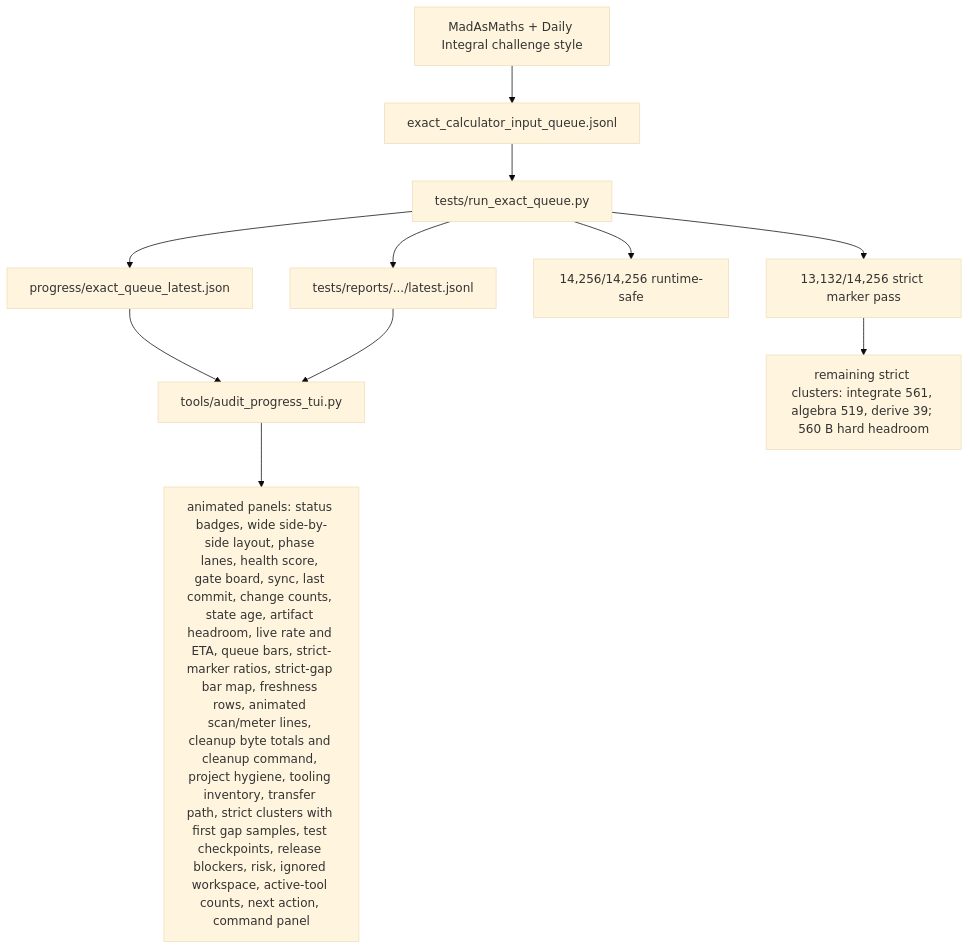
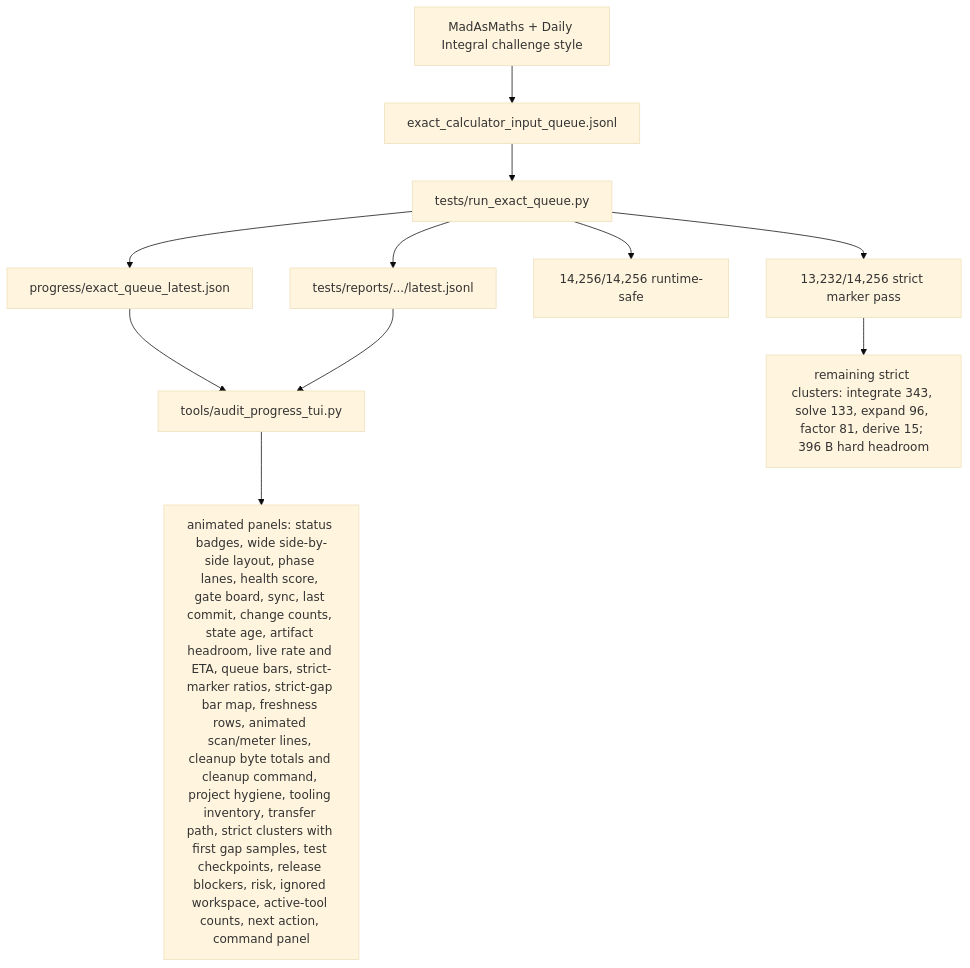
One commit to james8464/notes-addin-casio-fx-cg50 changed the fifth of 6 diagrams in docs/GRAPH.md. Above: the diagram before and after it, drawn with Mermaid (base theme). The commit also changed other lines of this file and 3 other files, not shown here.

````diff
--- a/docs/GRAPH.md
+++ b/docs/GRAPH.md
@@ -62,13 +62,13 @@
 ```mermaid
 graph TD
   Online["MadAsMaths + Daily Integral challenge style"] --> Queue["exact_calculator_input_queue.jsonl"]
   Queue --> Runner["tests/run_exact_queue.py"]
   Runner --> Live["progress/exact_queue_latest.json"]
   Runner --> Report["tests/reports/.../latest.jsonl"]
   Live --> TUI["tools/audit_progress_tui.py"]
   Report --> TUI
   TUI --> Panels["animated panels: status badges, wide side-by-side layout, phase lanes, health score, gate board, sync, last commit, change counts, state age, artifact headroom, live rate and ETA, queue bars, strict-marker ratios, strict-gap bar map, freshness rows, animated scan/meter lines, cleanup byte totals and cleanup command, project hygiene, tooling inventory, transfer path, strict clusters with first gap samples, test checkpoints, release blockers, risk, ignored workspace, active-tool counts, next action, command panel"]
   Runner --> Runtime["14,256/14,256 runtime-safe"]
-  Runner --> Strict["13,132/14,256 strict marker pass"]
-  Strict --> Remaining["remaining strict clusters: integrate 561, algebra 519, derive 39; 560 B hard headroom"]
+  Runner --> Strict["13,232/14,256 strict marker pass"]
+  Strict --> Remaining["remaining strict clusters: integrate 343, solve 133, expand 96, factor 81, derive 15; 396 B hard headroom"]
 ```
````
